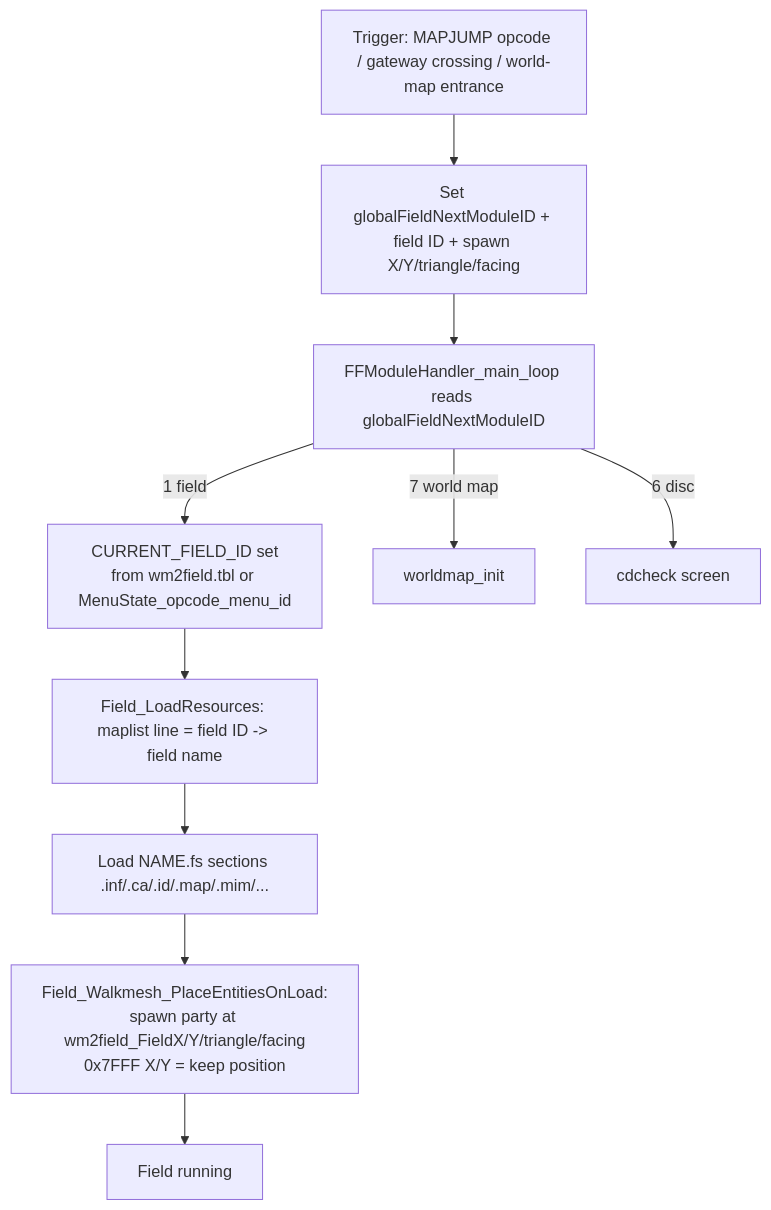
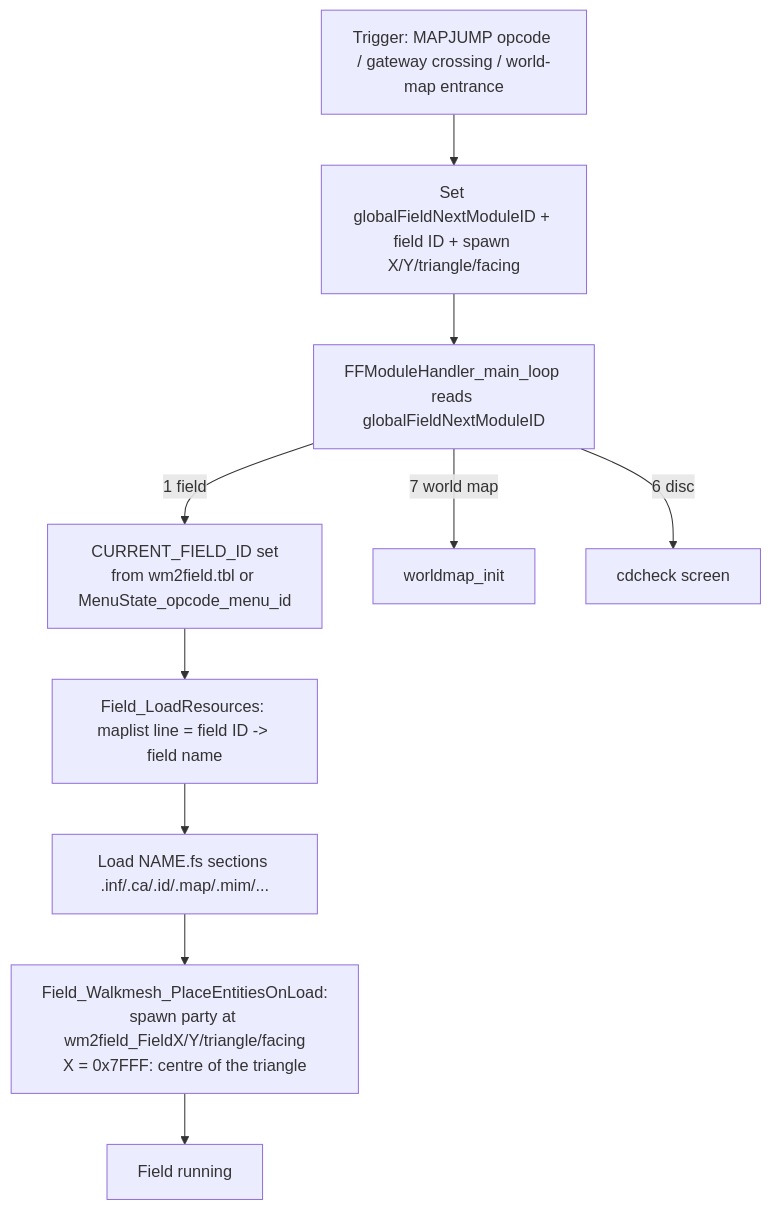
Before and after one commit to HobbitDur/FF8ModdingWiki: the diagram in FF8/TechnicalReference/DecompStudy/FieldJump.md, drawn with Mermaid. The commit also changed other lines of this file and 5 other files, not shown here.

````diff
--- a/FF8/TechnicalReference/DecompStudy/FieldJump.md
+++ b/FF8/TechnicalReference/DecompStudy/FieldJump.md
@@ -83,12 +86,12 @@
 ```mermaid
 flowchart TD
     A[Trigger: MAPJUMP opcode / gateway crossing / world-map entrance] --> B[Set globalFieldNextModuleID + field ID + spawn X/Y/triangle/facing]
     B --> C[FFModuleHandler_main_loop reads globalFieldNextModuleID]
     C -->|1 field| D[CURRENT_FIELD_ID set<br>from wm2field.tbl or MenuState_opcode_menu_id]
     C -->|7 world map| W[worldmap_init]
     C -->|6 disc| X[cdcheck screen]
     D --> E[Field_LoadResources: maplist line = field ID -> field name]
     E --> F[Load NAME.fs sections .inf/.ca/.id/.map/.mim/...]
-    F --> G[Field_Walkmesh_PlaceEntitiesOnLoad:<br>spawn party at wm2field_FieldX/Y/triangle/facing<br>0x7FFF X/Y = keep position]
+    F --> G[Field_Walkmesh_PlaceEntitiesOnLoad:<br>spawn party at wm2field_FieldX/Y/triangle/facing<br>X = 0x7FFF: centre of the triangle]
     G --> H[Field running]
 ```
````
